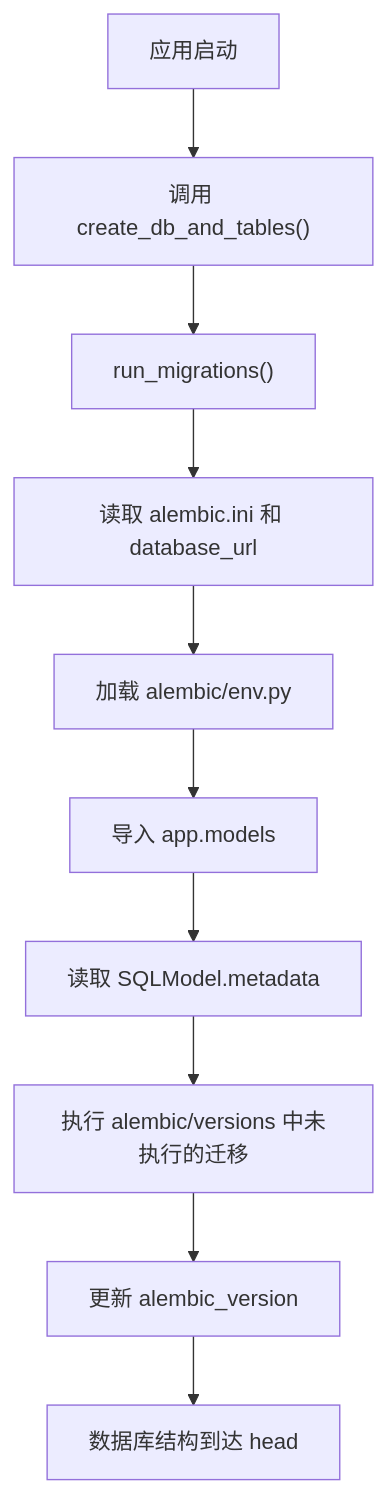
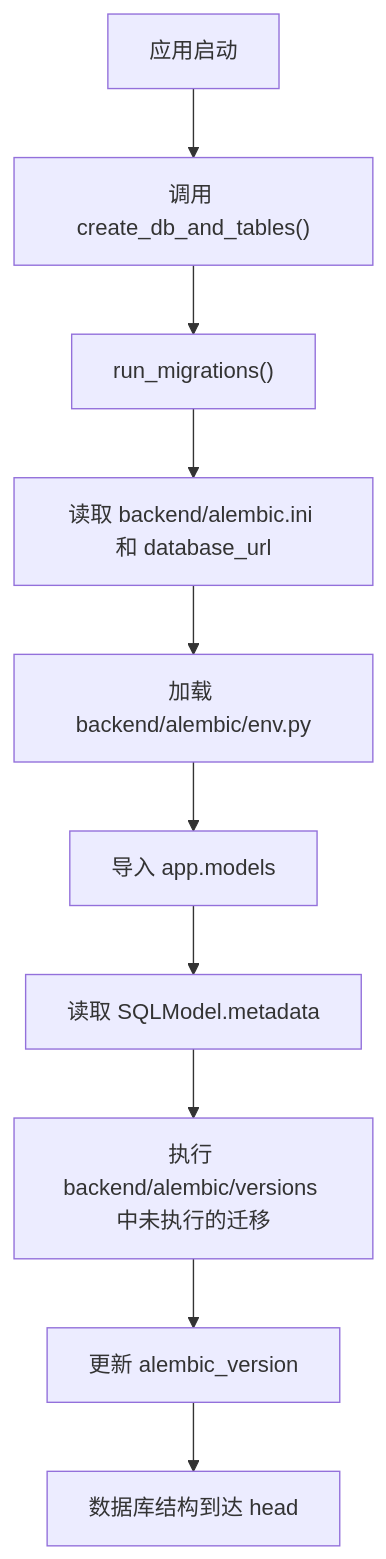
One commit to zxhysy2003/anythingllm-mini changed the diagram in docs/tech-notes/alembic.md. Above: the diagram before and after it, drawn with Mermaid. The commit also changed other lines of this file and 86 other files, not shown here.

````diff
--- a/docs/tech-notes/alembic.md
+++ b/docs/tech-notes/alembic.md
@@ -58,12 +58,12 @@
 ```mermaid
 flowchart TD
     A["应用启动"] --> B["调用 create_db_and_tables()"]
     B --> C["run_migrations()"]
-    C --> D["读取 alembic.ini 和 database_url"]
-    D --> E["加载 alembic/env.py"]
+    C --> D["读取 backend/alembic.ini 和 database_url"]
+    D --> E["加载 backend/alembic/env.py"]
     E --> F["导入 app.models"]
     F --> G["读取 SQLModel.metadata"]
-    G --> H["执行 alembic/versions 中未执行的迁移"]
+    G --> H["执行 backend/alembic/versions 中未执行的迁移"]
     H --> I["更新 alembic_version"]
     I --> J["数据库结构到达 head"]
 ```
````
